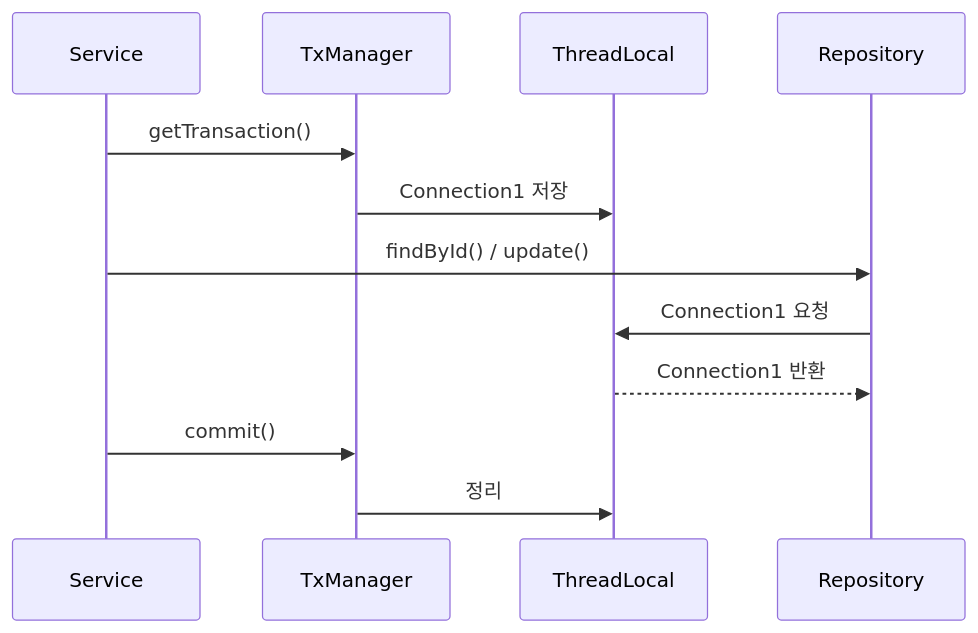
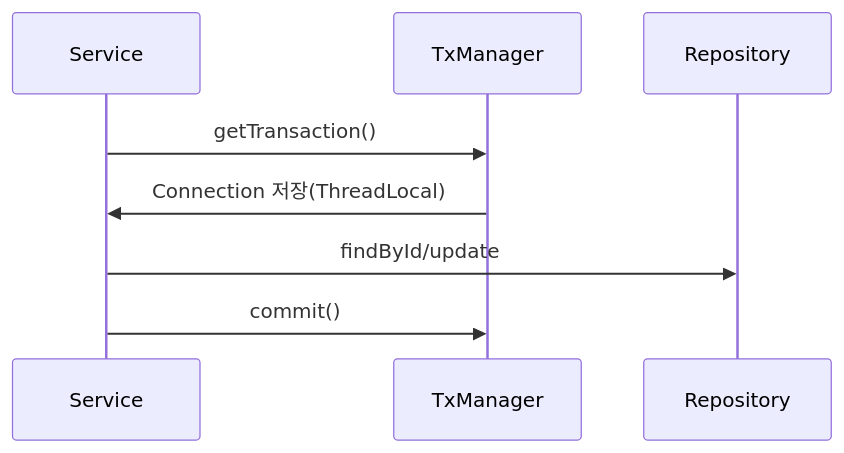
The sixth of 11 diagrams in _posts/spring/2026-05-02-spring-db-1.md (yjkim2015/yjkim2015.github.io), drawn with Mermaid before and after one commit. The commit also changed other lines of this file and 155 other files, not shown here.

First line of the commit message:
Mermaid 전면 수정: subgraph 제거, participant/노드/줄수 축소 (342블록)

````diff
--- a/_posts/spring/2026-05-02-spring-db-1.md
+++ b/_posts/spring/2026-05-02-spring-db-1.md
@@ -330,14 +322,10 @@
 ```mermaid
 sequenceDiagram
     participant S as Service
     participant TM as TxManager
-    participant TL as ThreadLocal
     participant R as Repository
     S->>TM: getTransaction()
-    TM->>TL: Connection1 저장
-    S->>R: findById() / update()
-    R->>TL: Connection1 요청
-    TL-->>R: Connection1 반환
+    TM->>S: Connection 저장(ThreadLocal)
+    S->>R: findById/update
     S->>TM: commit()
-    TM->>TL: 정리
 ```
````
